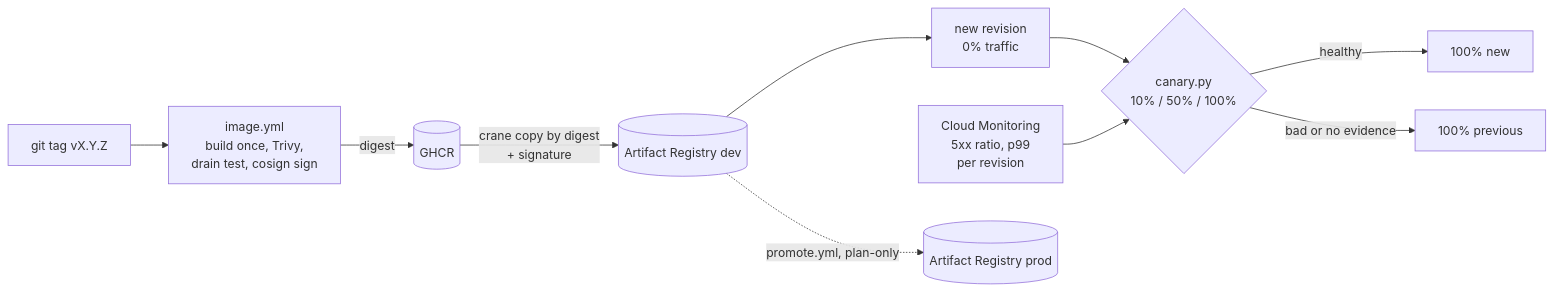
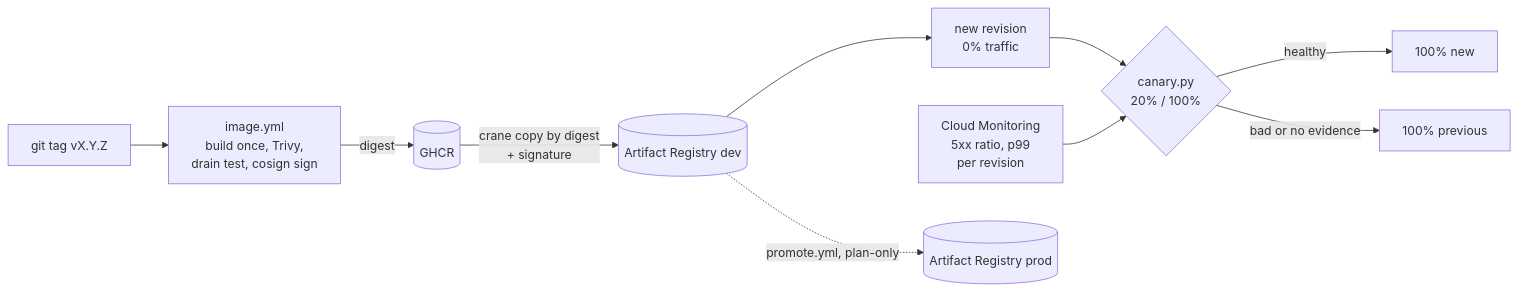
Before and after one commit to TechTutter/zero-downtime-ml-serving: the diagram in README.md, drawn with Mermaid. The commit also changed other lines of this file and 7 other files, not shown here.

````diff
--- a/README.md
+++ b/README.md
@@ -9,12 +9,12 @@
 ```mermaid
 flowchart LR
     tag[git tag vX.Y.Z] --> build[image.yml<br/>build once, Trivy,<br/>drain test, cosign sign]
     build -->|digest| ghcr[(GHCR)]
     ghcr -->|crane copy by digest<br/>+ signature| ardev[(Artifact Registry dev)]
     ardev --> rev[new revision<br/>0% traffic]
-    rev --> canary{canary.py<br/>10% / 50% / 100%}
+    rev --> canary{canary.py<br/>20% / 100%}
     mon[Cloud Monitoring<br/>5xx ratio, p99<br/>per revision] --> canary
     canary -->|healthy| promoted[100% new]
     canary -->|bad or no evidence| rollback[100% previous]
     ardev -.->|promote.yml, plan-only| arprod[(Artifact Registry prod)]
 ```
````
